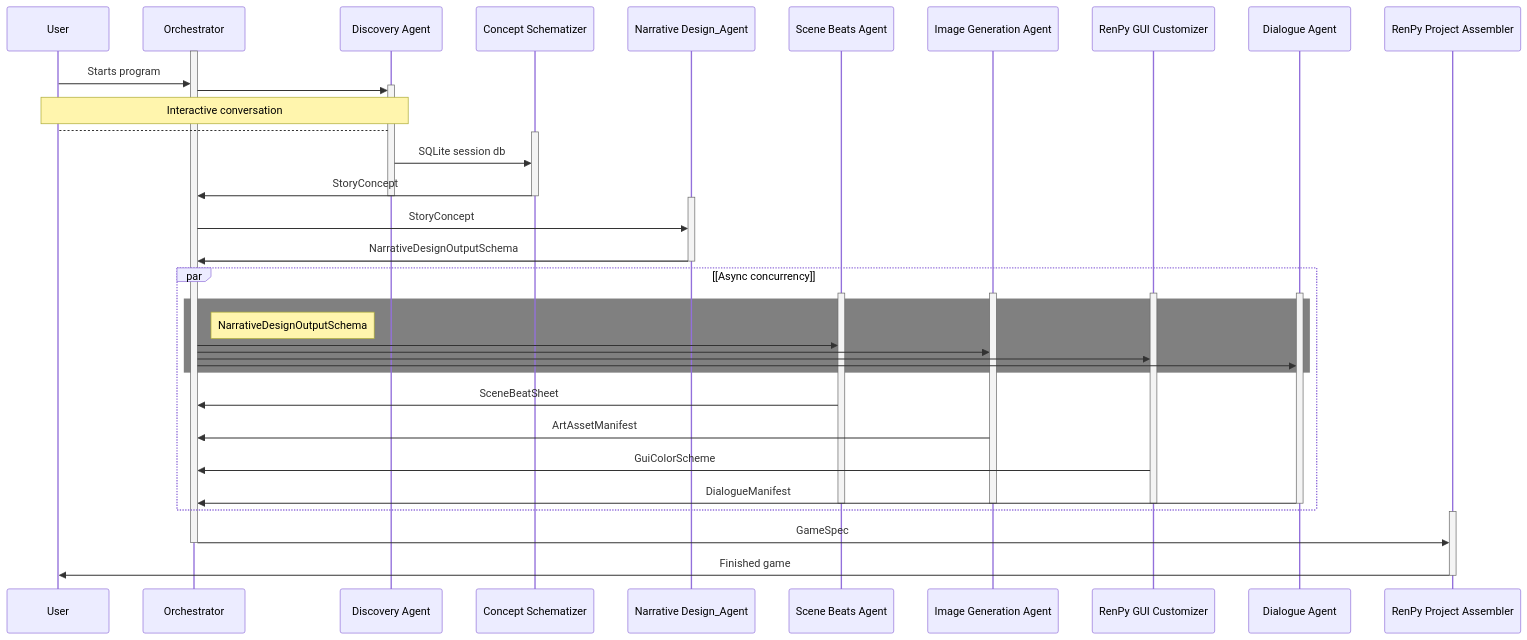
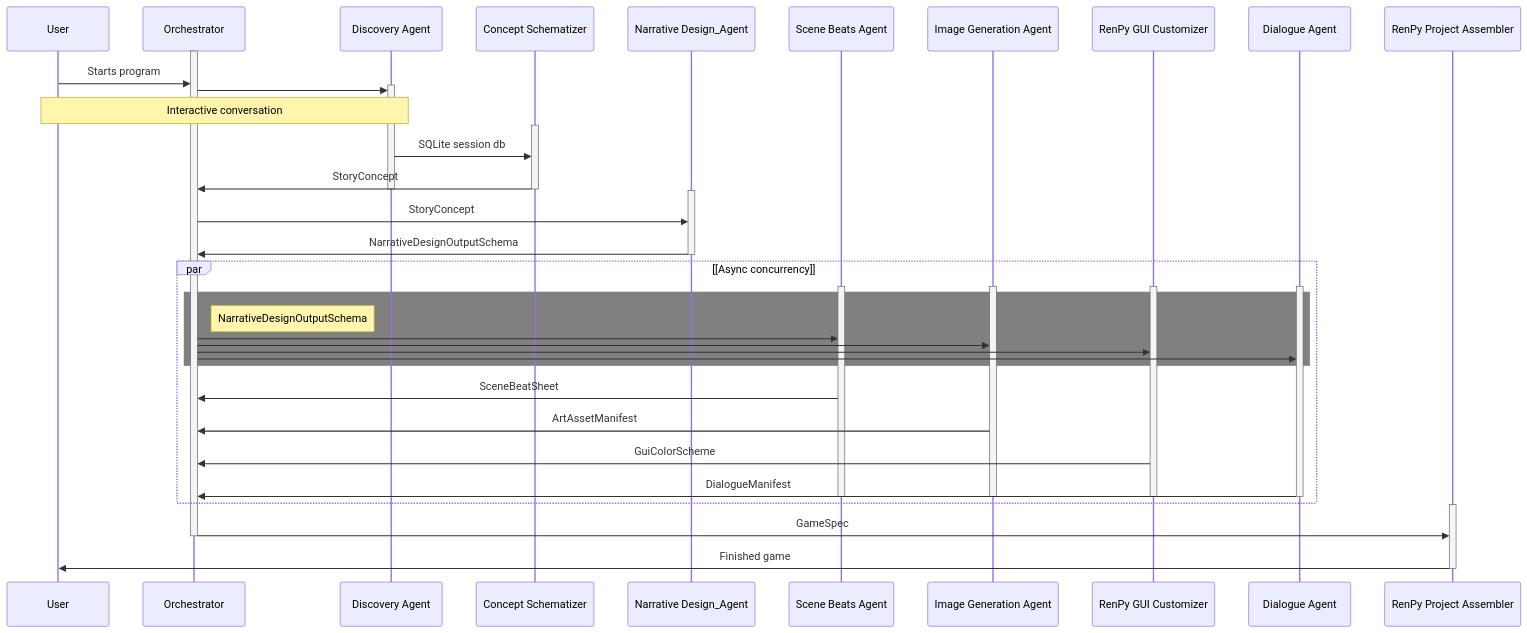
One commit to danglenzig/KARLA_PROD changed the diagram in README.md. Above: the diagram before and after it, drawn with Mermaid.

````diff
--- a/README.md
+++ b/README.md
@@ -108,58 +108,57 @@
 ```mermaid
 sequenceDiagram
     participant USER as User
     participant ORCH as Orchestrator
     participant DISC as Discovery Agent
     participant CONC as Concept Schematizer
     participant NARR as Narrative Design_Agent
     participant BEAT as Scene Beats Agent
     participant ARTS as Image Generation Agent
     participant COLO as RenPy GUI Customizer
     participant DIAL as Dialogue Agent
     participant RNPY as RenPy Project Assembler
 
     activate ORCH
     USER->>ORCH: Starts program
     activate DISC
     ORCH->>DISC:
     Note over DISC,USER: Interactive conversation
-    DISC-->USER:
     activate CONC
     DISC->>CONC: SQLite session db
     CONC->>ORCH: StoryConcept
     deactivate CONC
     deactivate DISC
 
     activate NARR
     ORCH->>NARR: StoryConcept
     NARR->>ORCH: NarrativeDesignOutputSchema
     deactivate NARR
     
     par [Async concurrency]
         activate BEAT
         activate ARTS
         activate COLO
         activate DIAL
         rect rgb(128,128,128)
         note right of ORCH: NarrativeDesignOutputSchema
         ORCH->>BEAT:
         ORCH->>ARTS:
         ORCH->>COLO:
         ORCH->>DIAL:
         end
         BEAT->>ORCH: SceneBeatSheet
         ARTS->>ORCH: ArtAssetManifest
         COLO->>ORCH: GuiColorScheme
         DIAL->>ORCH: DialogueManifest
         deactivate BEAT
         deactivate ARTS
         deactivate COLO
         deactivate DIAL
     end
     
     activate RNPY
     ORCH->>RNPY: GameSpec
     deactivate ORCH
     RNPY->>USER: Finished game
     deactivate RNPY
 ```
````
